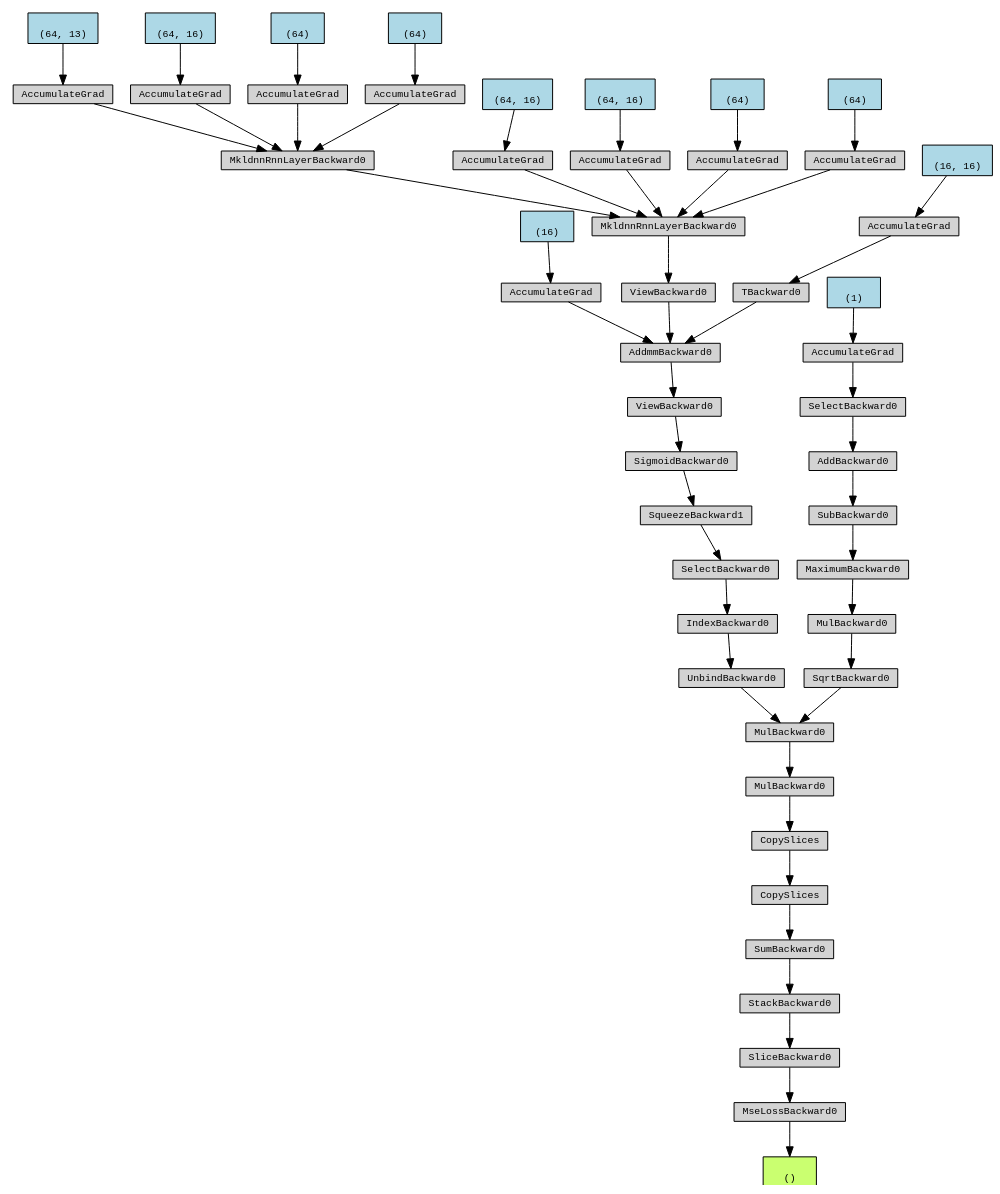
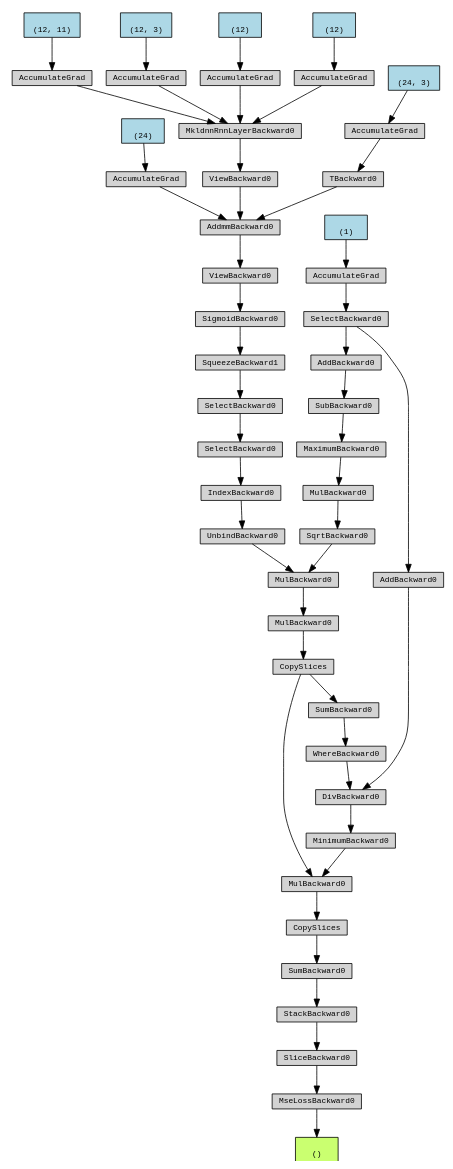
Before and after one commit to jmframe/nash_cascade_neural_network: the diagram in Digraph.gv, drawn with Graphviz. The commit also changed 207 other files, not shown here.

```diff
--- a/Digraph.gv
+++ b/Digraph.gv
@@ -1,111 +1,105 @@
 digraph {
-	graph [size="14.25,14.25"]
+	graph [size="13.95,13.95"]
 	node [align=left fontname=monospace fontsize=10 height=0.2 ranksep=0.1 shape=box style=filled]
-	140150535798144 [label="
+	140646855805344 [label="
  ()" fillcolor=darkolivegreen1]
-	140150535731376 [label=MseLossBackward0]
-	140150535732816 -> 140150535731376
-	140150535732816 [label=SliceBackward0]
-	140150535732624 -> 140150535732816
-	140150535732624 [label=StackBackward0]
-	140150535732672 -> 140150535732624
-	140150535732672 [label=SumBackward0]
-	140150535732960 -> 140150535732672
-	140150535732960 [label=CopySlices]
-	140150535733056 -> 140150535732960
-	140150535733056 [label=CopySlices]
-	140150535733152 -> 140150535733056
-	140150535733152 [label=MulBackward0]
-	140150535731664 -> 140150535733152
-	140150535731664 [label=MulBackward0]
-	140150535731568 -> 140150535731664
-	140150535731568 [label=UnbindBackward0]
-	140150535731424 -> 140150535731568
-	140150535731424 [label=IndexBackward0]
-	140150535731184 -> 140150535731424
-	140150535731184 [label=SelectBackward0]
-	140150535728688 -> 140150535731184
-	140150535728688 [label=SqueezeBackward1]
-	140150535728784 -> 140150535728688
-	140150535728784 [label=SigmoidBackward0]
-	140150535728832 -> 140150535728784
-	140150535728832 [label=ViewBackward0]
-	140150535727056 -> 140150535728832
-	140150535727056 [label=AddmmBackward0]
-	140150535726480 -> 140150535727056
-	140150543457536 [label="
- (16)" fillcolor=lightblue]
-	140150543457536 -> 140150535726480
-	140150535726480 [label=AccumulateGrad]
-	140150535726624 -> 140150535727056
-	140150535726624 [label=ViewBackward0]
-	140150535732480 -> 140150535726624
-	140150535732480 [label=MkldnnRnnLayerBackward0]
-	140150535732288 -> 140150535732480
-	140150535732288 [label=MkldnnRnnLayerBackward0]
-	140150535732000 -> 140150535732288
-	140153556913024 [label="
- (64, 13)" fillcolor=lightblue]
-	140153556913024 -> 140150535732000
-	140150535732000 [label=AccumulateGrad]
-	140150535732048 -> 140150535732288
-	140153556912944 [label="
- (64, 16)" fillcolor=lightblue]
-	140153556912944 -> 140150535732048
-	140150535732048 [label=AccumulateGrad]
-	140150535732096 -> 140150535732288
-	140153556912864 [label="
- (64)" fillcolor=lightblue]
-	140153556912864 -> 140150535732096
-	140150535732096 [label=AccumulateGrad]
-	140150535731952 -> 140150535732288
-	140150543542736 [label="
- (64)" fillcolor=lightblue]
-	140150543542736 -> 140150535731952
-	140150535731952 [label=AccumulateGrad]
-	140150535732336 -> 140150535732480
-	140150550082432 [label="
- (64, 16)" fillcolor=lightblue]
-	140150550082432 -> 140150535732336
-	140150535732336 [label=AccumulateGrad]
-	140150535732384 -> 140150535732480
-	140150556845104 [label="
- (64, 16)" fillcolor=lightblue]
-	140150556845104 -> 140150535732384
-	140150535732384 [label=AccumulateGrad]
-	140150535732240 -> 140150535732480
-	140150550576672 [label="
- (64)" fillcolor=lightblue]
-	140150550576672 -> 140150535732240
-	140150535732240 [label=AccumulateGrad]
-	140150535732192 -> 140150535732480
-	140150549614160 [label="
- (64)" fillcolor=lightblue]
-	140150549614160 -> 140150535732192
-	140150535732192 [label=AccumulateGrad]
-	140150535731520 -> 140150535727056
-	140150535731520 [label=TBackward0]
-	140150535731904 -> 140150535731520
-	140150549614320 [label="
- (16, 16)" fillcolor=lightblue]
-	140150549614320 -> 140150535731904
-	140150535731904 [label=AccumulateGrad]
-	140150535731616 -> 140150535731664
-	140150535731616 [label=SqrtBackward0]
-	140150535729600 -> 140150535731616
-	140150535729600 [label=MulBackward0]
-	140150535727872 -> 140150535729600
-	140150535727872 [label=MaximumBackward0]
-	140150535732528 -> 140150535727872
-	140150535732528 [label=SubBackward0]
-	140150535731808 -> 140150535732528
-	140150535731808 [label=AddBackward0]
-	140150535732432 -> 140150535731808
-	140150535732432 [label=SelectBackward0]
-	140150535731712 -> 140150535732432
-	140150536076432 [label="
+	140646691323968 [label=MseLossBackward0]
+	140646691325408 -> 140646691323968
+	140646691325408 [label=SliceBackward0]
+	140646691324496 -> 140646691325408
+	140646691324496 [label=StackBackward0]
+	140646691324016 -> 140646691324496
+	140646691324016 [label=SumBackward0]
+	140646691325312 -> 140646691324016
+	140646691325312 [label=CopySlices]
+	140646691325216 -> 140646691325312
+	140646691325216 [label=MulBackward0]
+	140646691325120 -> 140646691325216
+	140646691325120 [label=CopySlices]
+	140646691324976 -> 140646691325120
+	140646691324976 [label=MulBackward0]
+	140646691324880 -> 140646691324976
+	140646691324880 [label=MulBackward0]
+	140646691324784 -> 140646691324880
+	140646691324784 [label=UnbindBackward0]
+	140646691324640 -> 140646691324784
+	140646691324640 [label=IndexBackward0]
+	140646691324400 -> 140646691324640
+	140646691324400 [label=SelectBackward0]
+	140646691324304 -> 140646691324400
+	140646691324304 [label=SelectBackward0]
+	140646691324208 -> 140646691324304
+	140646691324208 [label=SqueezeBackward1]
+	140646691324112 -> 140646691324208
+	140646691324112 [label=SigmoidBackward0]
+	140646691325552 -> 140646691324112
+	140646691325552 [label=ViewBackward0]
+	140646691325648 -> 140646691325552
+	140646691325648 [label=AddmmBackward0]
+	140646691325744 -> 140646691325648
+	140646862848464 [label="
+ (24)" fillcolor=lightblue]
+	140646862848464 -> 140646691325744
+	140646691325744 [label=AccumulateGrad]
+	140646691325696 -> 140646691325648
+	140646691325696 [label=ViewBackward0]
+	140646691325840 -> 140646691325696
+	140646691325840 [label=MkldnnRnnLayerBackward0]
+	140646691326032 -> 140646691325840
+	140646853257680 [label="
+ (12, 11)" fillcolor=lightblue]
+	140646853257680 -> 140646691326032
+	140646691326032 [label=AccumulateGrad]
+	140646691325984 -> 140646691325840
+	140646869815024 [label="
+ (12, 3)" fillcolor=lightblue]
+	140646869815024 -> 140646691325984
+	140646691325984 [label=AccumulateGrad]
+	140646691325936 -> 140646691325840
+	140646868924064 [label="
+ (12)" fillcolor=lightblue]
+	140646868924064 -> 140646691325936
+	140646691325936 [label=AccumulateGrad]
+	140646691326080 -> 140646691325840
+	140646868910304 [label="
+ (12)" fillcolor=lightblue]
+	140646868910304 -> 140646691326080
+	140646691326080 [label=AccumulateGrad]
+	140646691324736 -> 140646691325648
+	140646691324736 [label=TBackward0]
+	140646691326176 -> 140646691324736
+	140646870670352 [label="
+ (24, 3)" fillcolor=lightblue]
+	140646870670352 -> 140646691326176
+	140646691326176 [label=AccumulateGrad]
+	140646691324832 -> 140646691324880
+	140646691324832 [label=SqrtBackward0]
+	140646691324352 -> 140646691324832
+	140646691324352 [label=MulBackward0]
+	140646691324160 -> 140646691324352
+	140646691324160 [label=MaximumBackward0]
+	140646691325600 -> 140646691324160
+	140646691325600 [label=SubBackward0]
+	140646691326128 -> 140646691325600
+	140646691326128 [label=AddBackward0]
+	140646691326224 -> 140646691326128
+	140646691326224 [label=SelectBackward0]
+	140646691326320 -> 140646691326224
+	140646848221472 [label="
  (1)" fillcolor=lightblue]
-	140150536076432 -> 140150535731712
-	140150535731712 [label=AccumulateGrad]
-	140150535731376 -> 140150535798144
+	140646848221472 -> 140646691326320
+	140646691326320 [label=AccumulateGrad]
+	140646691325168 -> 140646691325216
+	140646691325168 [label=MinimumBackward0]
+	140646691325072 -> 140646691325168
+	140646691325072 [label=DivBackward0]
+	140646691324256 -> 140646691325072
+	140646691324256 [label=AddBackward0]
+	140646691326224 -> 140646691324256
+	140646691324592 -> 140646691325072
+	140646691324592 [label=WhereBackward0]
+	140646691324064 -> 140646691324592
+	140646691324064 [label=SumBackward0]
+	140646691325120 -> 140646691324064
+	140646691323968 -> 140646855805344
 }
```
